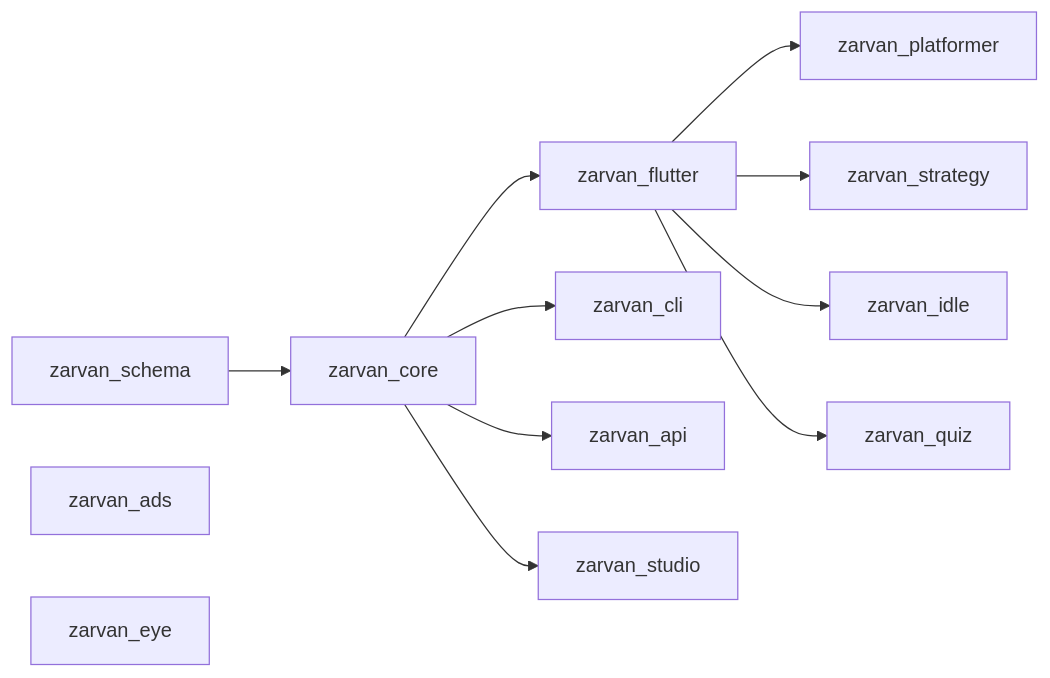
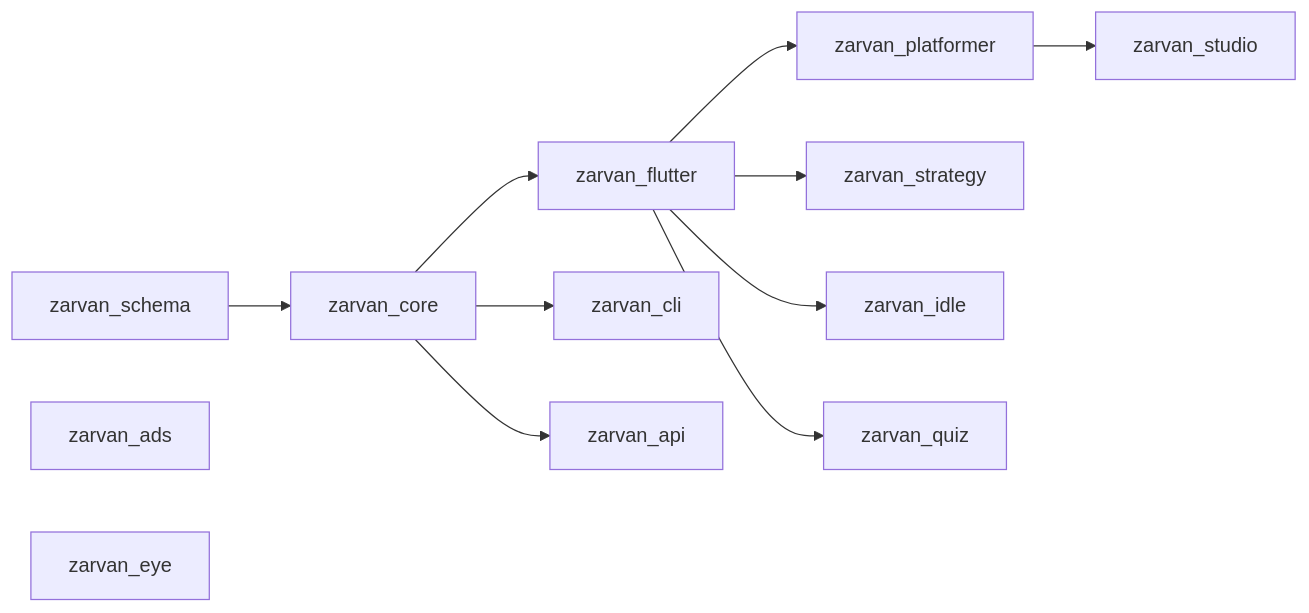
Before and after one commit to arashrasoulzadeh/zarvan: the diagram in docs/packages.md, drawn with Mermaid. The commit also changed other lines of this file and 88 other files, not shown here.

````diff
--- a/docs/packages.md
+++ b/docs/packages.md
@@ -6,14 +5,14 @@
 ```mermaid
 flowchart LR
     schema[zarvan_schema] --> core[zarvan_core]
     core --> flutter[zarvan_flutter]
     flutter --> platformer[zarvan_platformer]
     flutter --> strategy[zarvan_strategy]
     flutter --> idle[zarvan_idle]
     core --> cli[zarvan_cli]
     core --> api[zarvan_api]
     flutter --> quiz[zarvan_quiz]
     ads[zarvan_ads]
     eye[zarvan_eye]
-    core --> studio[zarvan_studio]
+    platformer --> studio[zarvan_studio]
 ```
````
